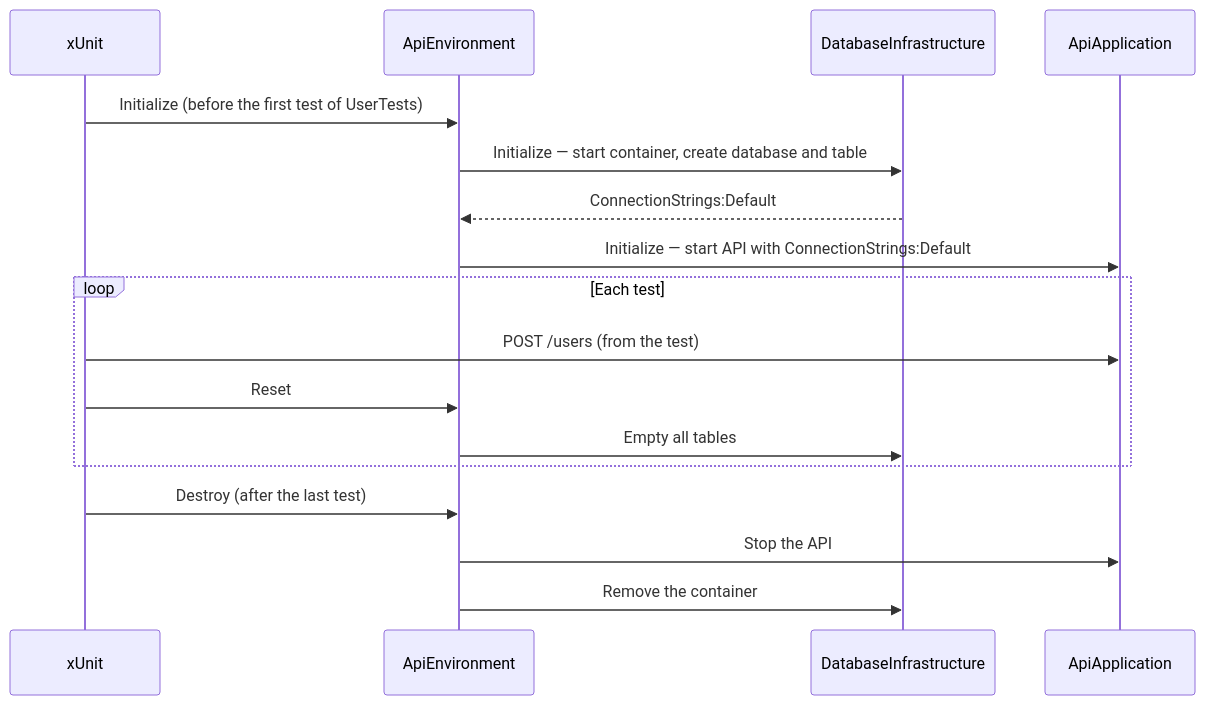
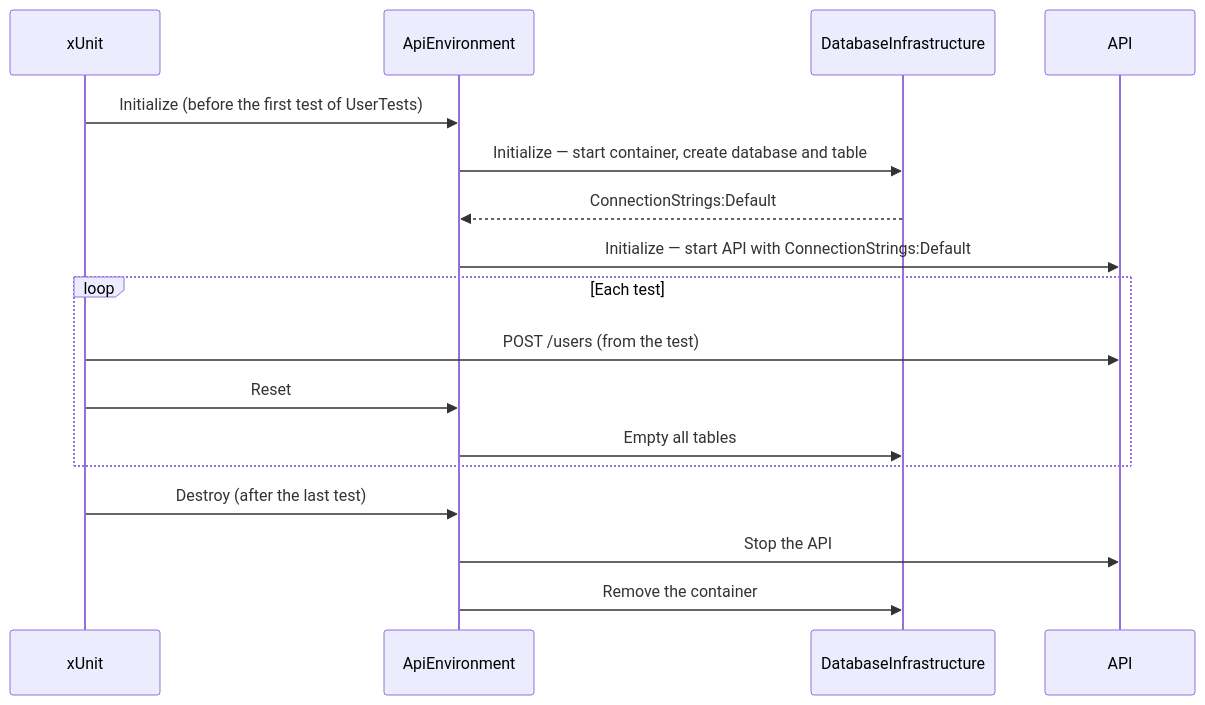
Before and after one commit to Notorious-Coding/Notorious-Test: the diagram in Documentation/4-example.md, drawn with Mermaid. The commit also changed other lines of this file and 46 other files, not shown here.

````diff
--- a/Documentation/4-example.md
+++ b/Documentation/4-example.md
@@ -249,20 +242,20 @@
 ```mermaid
 sequenceDiagram
     participant X as xUnit
     participant E as ApiEnvironment
     participant D as DatabaseInfrastructure
-    participant W as ApiApplication
+    participant W as API
 
     X->>E: Initialize (before the first test of UserTests)
     E->>D: Initialize — start container, create database and table
     D-->>E: ConnectionStrings:Default
     E->>W: Initialize — start API with ConnectionStrings:Default
     loop Each test
         X->>W: POST /users (from the test)
         X->>E: Reset
         E->>D: Empty all tables
     end
     X->>E: Destroy (after the last test)
     E->>W: Stop the API
     E->>D: Remove the container
 ```
````
